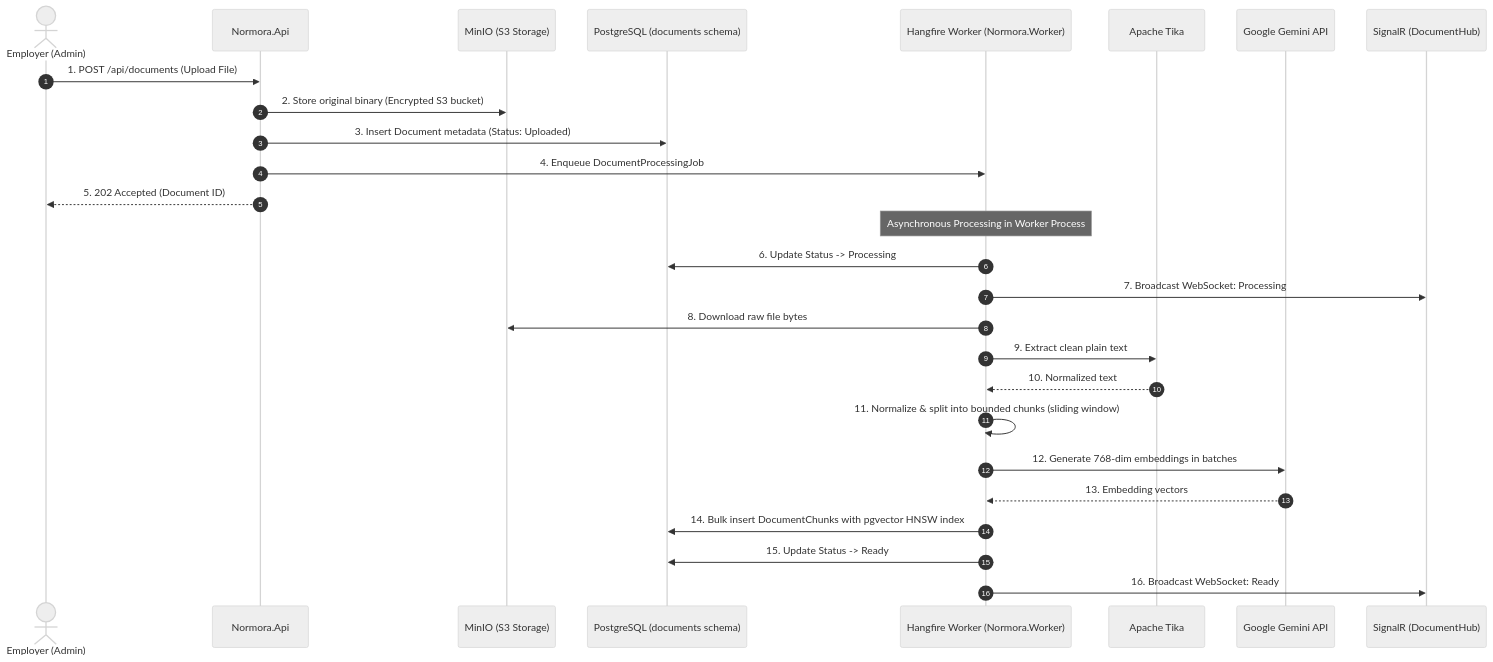
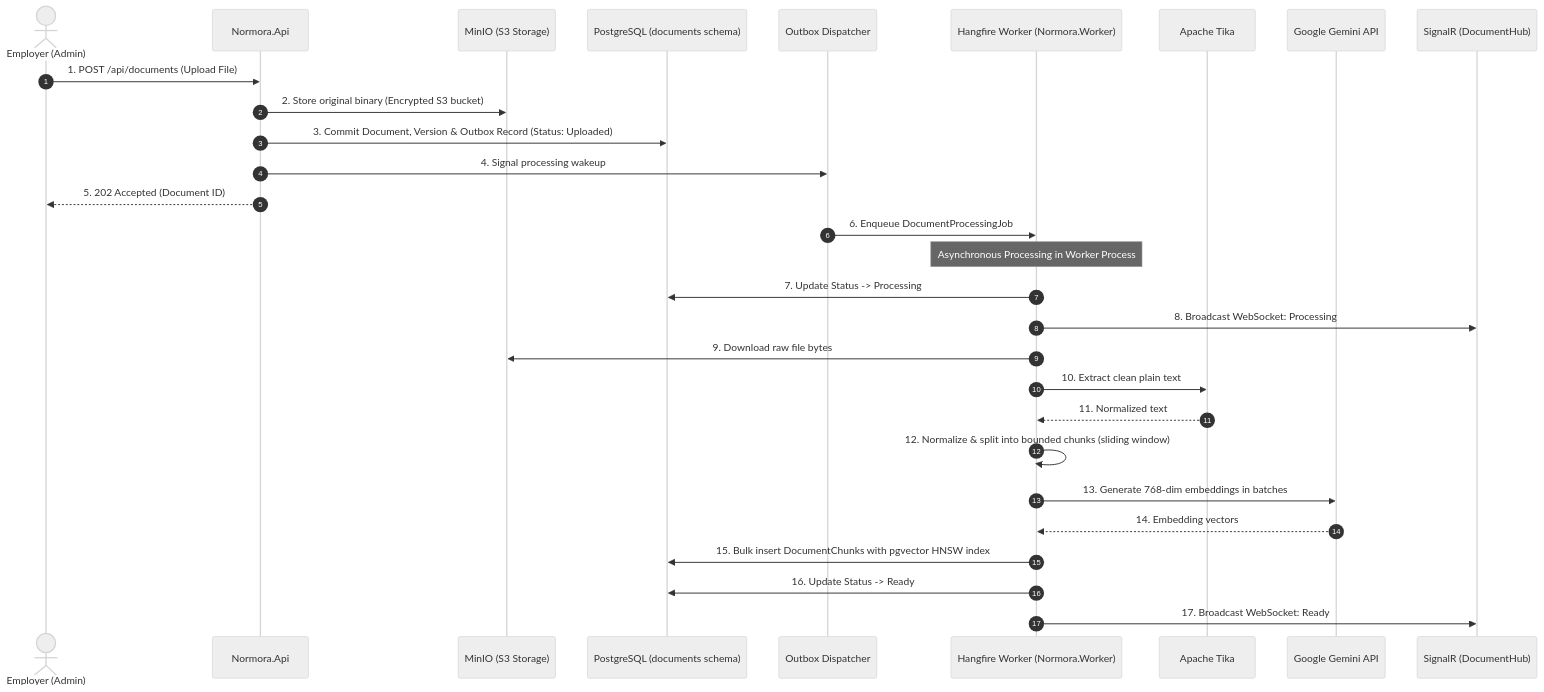
The second of 3 diagrams in docs/how_normora_works.md (primecoderIN/Normora), drawn with Mermaid (neutral theme) before and after one commit. The commit also changed other lines of this file and 6 other files, not shown here.

Commit message:
docs: synchronize architecture guidelines, provider pattern, and outbox across all docs

````diff
--- a/docs/how_normora_works.md
+++ b/docs/how_normora_works.md
@@ -63,31 +63,33 @@
 ```mermaid
 sequenceDiagram
     autonumber
     actor Employer as Employer (Admin)
     participant API as Normora.Api
     participant MinIO as MinIO (S3 Storage)
     participant DB as PostgreSQL (documents schema)
+    participant Outbox as Outbox Dispatcher
     participant HF as Hangfire Worker (Normora.Worker)
     participant Tika as Apache Tika
     participant Gemini as Google Gemini API
     participant Hub as SignalR (DocumentHub)
 
     Employer->>API: 1. POST /api/documents (Upload File)
     API->>MinIO: 2. Store original binary (Encrypted S3 bucket)
-    API->>DB: 3. Insert Document metadata (Status: Uploaded)
-    API->>HF: 4. Enqueue DocumentProcessingJob
+    API->>DB: 3. Commit Document, Version & Outbox Record (Status: Uploaded)
+    API->>Outbox: 4. Signal processing wakeup
     API-->>Employer: 5. 202 Accepted (Document ID)
+    Outbox->>HF: 6. Enqueue DocumentProcessingJob
 
     Note over HF: Asynchronous Processing in Worker Process
-    HF->>DB: 6. Update Status -> Processing
-    HF->>Hub: 7. Broadcast WebSocket: Processing
-    HF->>MinIO: 8. Download raw file bytes
-    HF->>Tika: 9. Extract clean plain text
-    Tika-->>HF: 10. Normalized text
-    HF->>HF: 11. Normalize & split into bounded chunks (sliding window)
-    HF->>Gemini: 12. Generate 768-dim embeddings in batches
-    Gemini-->>HF: 13. Embedding vectors
-    HF->>DB: 14. Bulk insert DocumentChunks with pgvector HNSW index
-    HF->>DB: 15. Update Status -> Ready
-    HF->>Hub: 16. Broadcast WebSocket: Ready
+    HF->>DB: 7. Update Status -> Processing
+    HF->>Hub: 8. Broadcast WebSocket: Processing
+    HF->>MinIO: 9. Download raw file bytes
+    HF->>Tika: 10. Extract clean plain text
+    Tika-->>HF: 11. Normalized text
+    HF->>HF: 12. Normalize & split into bounded chunks (sliding window)
+    HF->>Gemini: 13. Generate 768-dim embeddings in batches
+    Gemini-->>HF: 14. Embedding vectors
+    HF->>DB: 15. Bulk insert DocumentChunks with pgvector HNSW index
+    HF->>DB: 16. Update Status -> Ready
+    HF->>Hub: 17. Broadcast WebSocket: Ready
 ```
````
